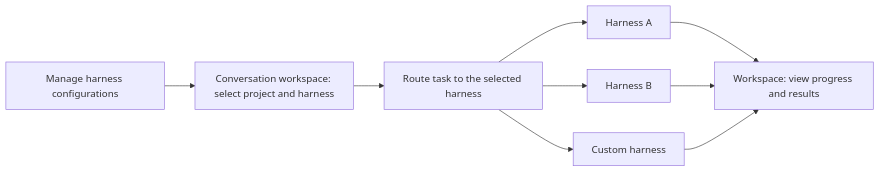
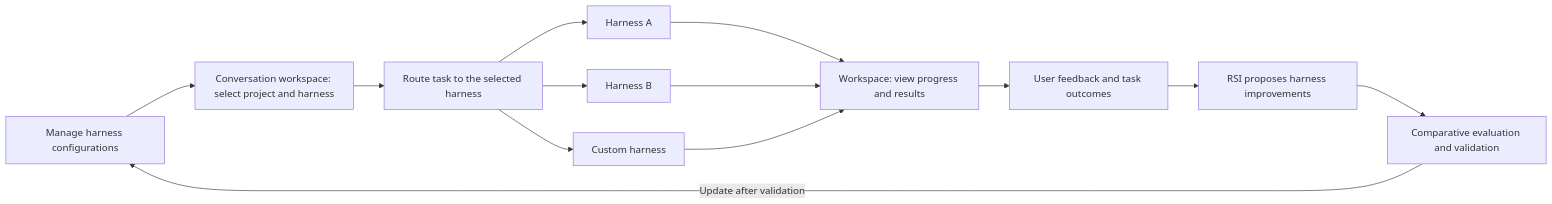
The diagram in README.en.md (ViaTumLab/YAgent), drawn with Mermaid before and after one commit. The commit also changed other lines of this file and 1 other file, not shown here.

Commit message:
docs: add feedback-driven RSI harness improvement goals

````diff
--- a/README.en.md
+++ b/README.en.md
@@ -81,11 +91,15 @@
 ```mermaid
 flowchart LR
     M[Manage harness configurations] --> S[Conversation workspace: select project and harness]
     S --> R[Route task to the selected harness]
     R --> A[Harness A]
     R --> B[Harness B]
     R --> C[Custom harness]
     A --> W[Workspace: view progress and results]
     B --> W
     C --> W
+    W --> F[User feedback and task outcomes]
+    F --> I[RSI proposes harness improvements]
+    I --> V[Comparative evaluation and validation]
+    V -->|Update after validation| M
 ```
````
